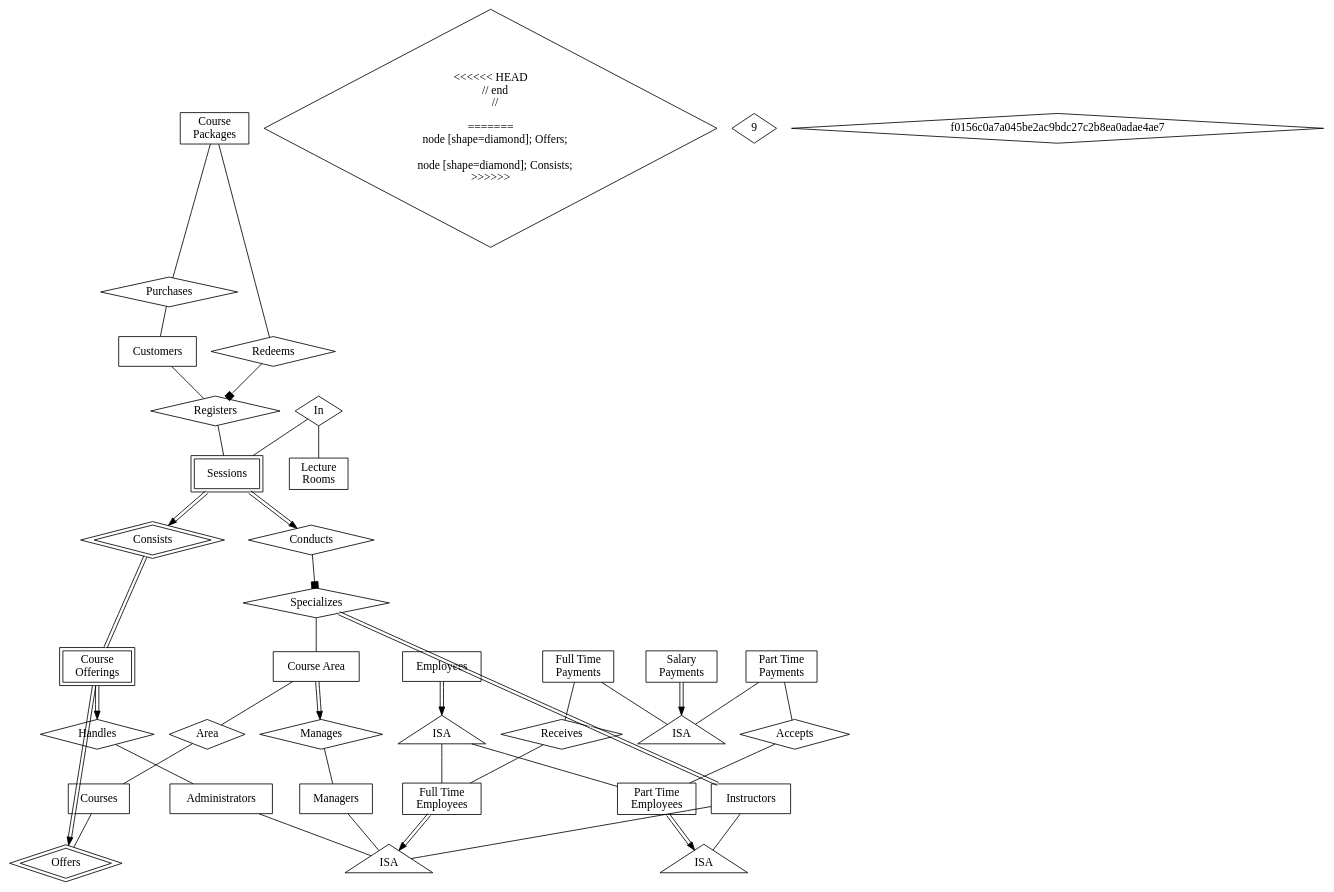
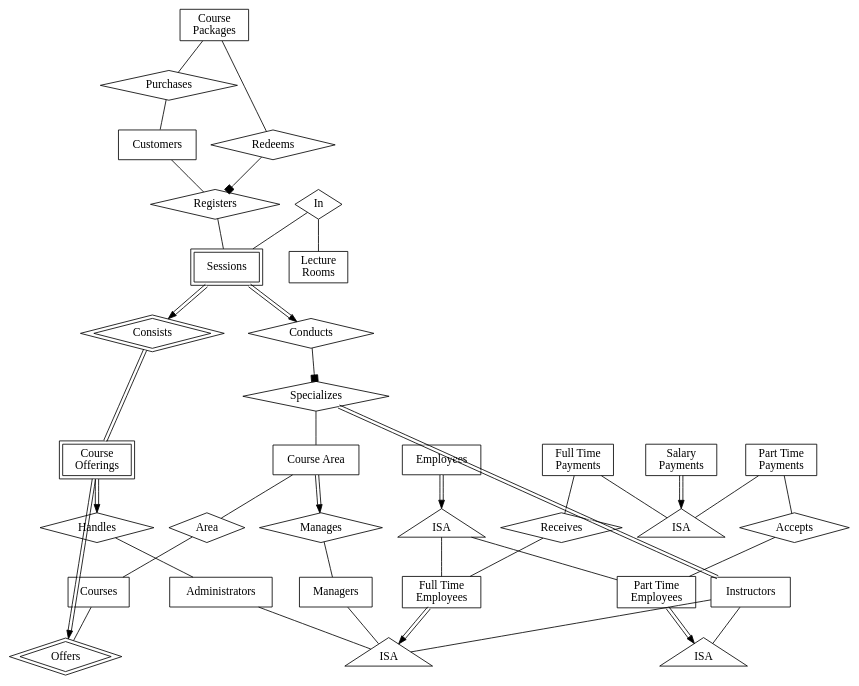
The diagram in project.dot (hjl99/cs2102), drawn with Graphviz before and after one commit.

Commit message:
third commit

```diff
--- a/project.dot
+++ b/project.dot
@@ -267,13 +267,7 @@
     CA -> Manages [color="black:white:black"];
     Manages -> Managers [dir=none];
 
-<<<<<<< HEAD
     // end
     //
     
-=======
-    node [shape=diamond]; Offers;
-
-    node [shape=diamond]; Consists;
->>>>>>> 9f0156c0a7a045be2ac9bdc27c2b8ea0adae4ae7
 }
```
